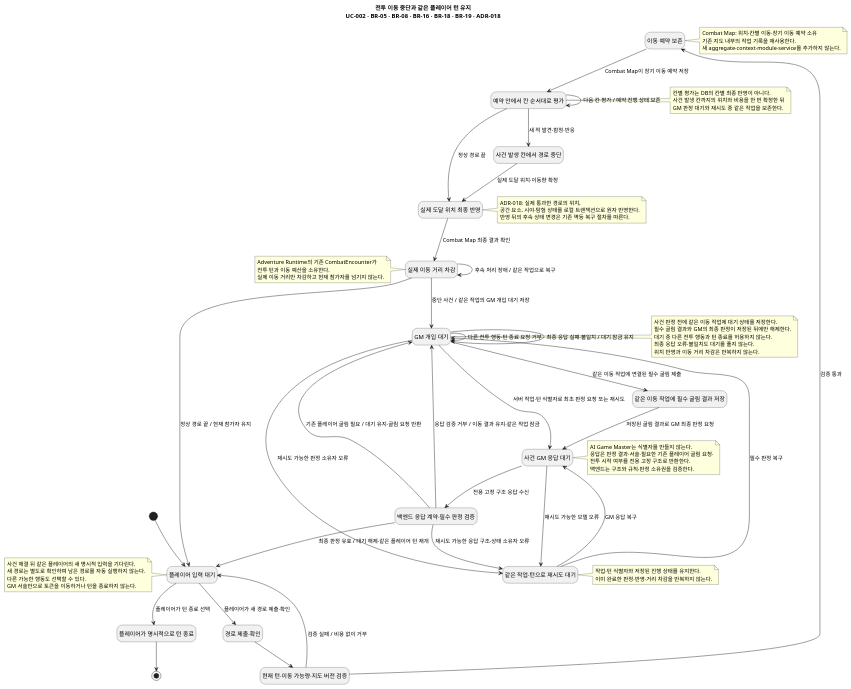
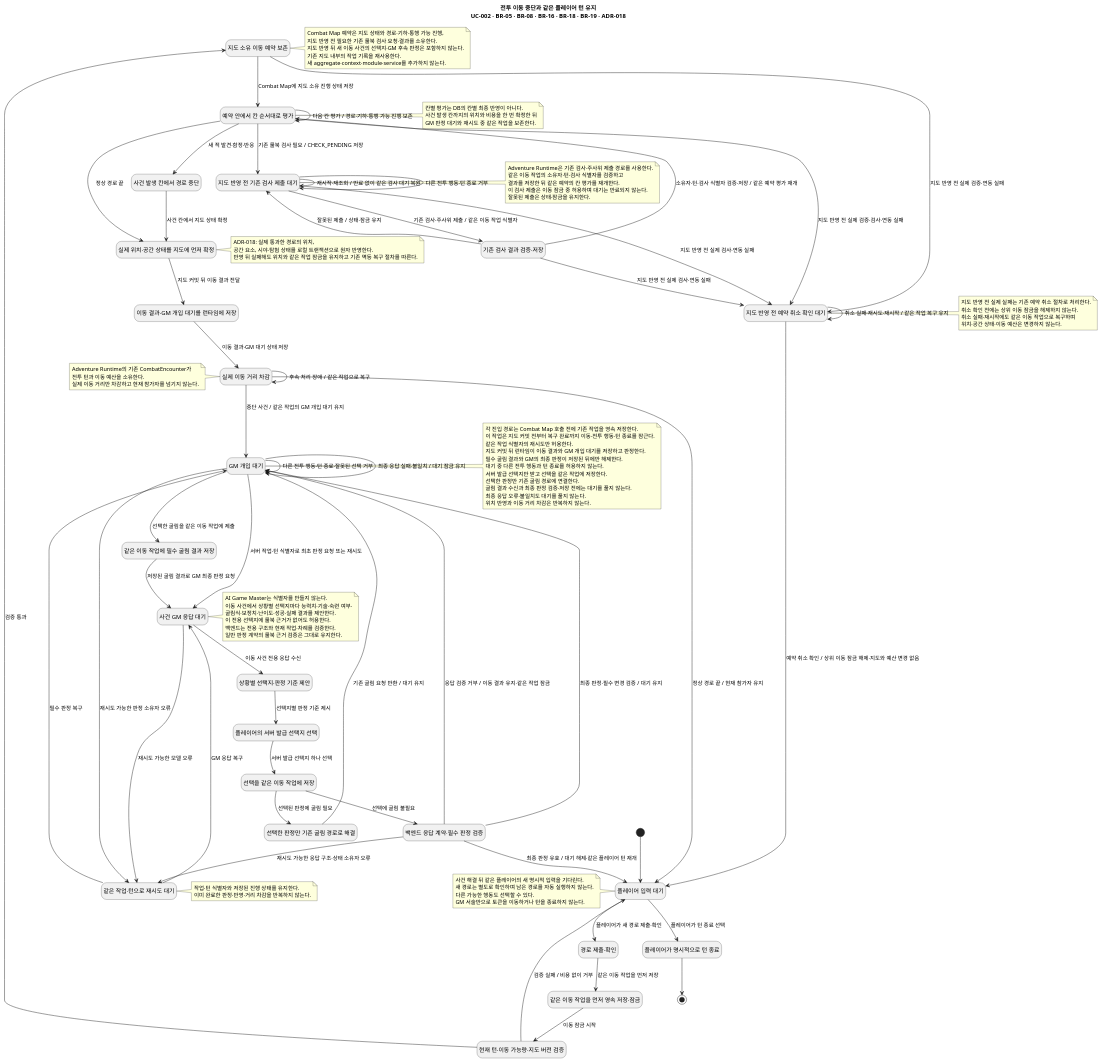
One commit to omegafrog/dnd-master changed the diagram in docs/specs/combat-movement-spell-range/diagrams/architecture/combat-movement-interruption.state.puml. Above: the diagram before and after it, drawn with PlantUML. The commit also changed 70 other files, not shown here.

```diff
--- a/docs/specs/combat-movement-spell-range/diagrams/architecture/combat-movement-interruption.state.puml
+++ b/docs/specs/combat-movement-spell-range/diagrams/architecture/combat-movement-interruption.state.puml
@@ -1,94 +1,145 @@
 @startuml
  title 전투 이동 중단과 같은 플레이어 턴 유지\nUC-002 · BR-05 · BR-08 · BR-16 · BR-18 · BR-19 · ADR-018
  hide empty description
  skinparam defaultFontName SansSerif
  state "플레이어 입력 대기" as Input
  state "경로 제출·확인" as Confirm
  state "현재 턴·이동 가능량·지도 버전 검증" as Validate
- state "이동 예약 보존" as Reserve
+ state "같은 이동 작업을 먼저 영속 저장·잠금" as Operation
+ state "지도 소유 이동 예약 보존" as Reserve
  state "예약 안에서 칸 순서대로 평가" as Cell
+ state "지도 반영 전 기존 검사 제출 대기" as PrecommitPending
+ state "기존 검사 결과 검증·저장" as PrecommitSubmitted
+ state "지도 반영 전 예약 취소 확인 대기" as CancelPending
  state "사건 발생 칸에서 경로 중단" as Interrupt
+ state "실제 위치·공간 상태를 지도에 먼저 확정" as Commit
+ state "이동 결과·GM 개입 대기를 런타임에 저장" as RuntimeResult
  state "사건 GM 응답 대기" as Gm
+ state "상황별 선택지·판정 기준 제안" as Choices
+ state "플레이어의 서버 발급 선택지 선택" as SelectChoice
+ state "선택을 같은 이동 작업에 저장" as SaveChoice
  state "백엔드 응답 계약·필수 판정 검증" as Contract
  state "GM 개입 대기" as Pending
+ state "선택한 판정만 기존 굴림 경로로 해결" as ResolveSelected
  state "같은 이동 작업에 필수 굴림 결과 저장" as Submitted
  state "같은 작업·턴으로 재시도 대기" as Retry
- state "실제 도달 위치 최종 반영" as Commit
  state "실제 이동 거리 차감" as Charge
  state "플레이어가 명시적으로 턴 종료" as EndTurn
 
  [*] --> Input
  Input --> Confirm : 플레이어가 새 경로 제출·확인
- Confirm --> Validate
+ Confirm --> Operation : 같은 이동 작업을 먼저 저장
+ Operation --> Validate : 이동 잠금 시작
  Validate --> Reserve : 검증 통과
  Validate --> Input : 검증 실패 / 비용 없이 거부
- Reserve --> Cell : Combat Map이 장기 이동 예약 저장
- Cell --> Cell : 다음 칸 평가 / 예약 진행 상태 보존
+ Reserve --> Cell : Combat Map에 지도 소유 진행 상태 저장
+ Cell --> Cell : 다음 칸 평가 / 경로·기하·통행 가능 진행 보존
+ Cell --> PrecommitPending : 기존 룰북 검사 필요 / CHECK_PENDING 저장
+ PrecommitPending --> PrecommitSubmitted : 기존 검사·주사위 제출 / 같은 이동 작업 식별자
+ PrecommitSubmitted --> Cell : 소유자·턴·검사 식별자 검증·저장 / 같은 예약 평가 재개
+ PrecommitSubmitted --> PrecommitPending : 잘못된 제출 / 상태·잠금 유지
+ PrecommitPending --> PrecommitPending : 재시작·재조회 / 만료 없이 같은 검사 대기 복원
+ PrecommitPending --> PrecommitPending : 다른 전투 행동·턴 종료 거부
+ Reserve --> CancelPending : 지도 반영 전 실제 검증·연동 실패
+ Cell --> CancelPending : 지도 반영 전 실제 검증·검사·연동 실패
+ PrecommitPending --> CancelPending : 지도 반영 전 실제 검사·연동 실패
+ PrecommitSubmitted --> CancelPending : 지도 반영 전 실제 검사·연동 실패
+ CancelPending --> CancelPending : 취소 실패·재시도·재시작 / 같은 작업 복구 유지
+ CancelPending --> Input : 예약 취소 확인 / 상위 이동 잠금 해제·지도와 예산 변경 없음
  Cell --> Commit : 정상 경로 끝
  Cell --> Interrupt : 새 적 발견·함정·반응
- Interrupt --> Commit : 실제 도달 위치·이동량 확정
- Gm --> Contract : 전용 고정 구조 응답 수신
- Contract --> Pending : 기존 플레이어 굴림 필요 / 대기 유지·굴림 요청 반환
- Pending --> Pending : 다른 전투 행동·턴 종료 요청 거부
- Pending --> Submitted : 같은 이동 작업에 연결된 필수 굴림 제출
+ Interrupt --> Commit : 사건 칸에서 지도 상태 확정
+ Commit --> RuntimeResult : 지도 커밋 뒤 이동 결과 전달
+ RuntimeResult --> Charge : 이동 결과·GM 대기 상태 저장
+ Gm --> Choices : 이동 사건 전용 응답 수신
+ Choices --> SelectChoice : 선택지별 판정 기준 제시
+ SelectChoice --> SaveChoice : 서버 발급 선택지 하나 선택
+ SaveChoice --> ResolveSelected : 선택된 판정에 굴림 필요
+ ResolveSelected --> Pending : 기존 굴림 요청 반환 / 대기 유지
+ SaveChoice --> Contract : 선택에 굴림 불필요
+ Contract --> Pending : 최종 판정·필수 변경 검증 / 대기 유지
+ Pending --> Pending : 다른 전투 행동·턴 종료·잘못된 선택 거부
+ Pending --> Submitted : 선택한 굴림을 같은 이동 작업에 제출
  Submitted --> Gm : 저장된 굴림 결과로 GM 최종 판정 요청
  Contract --> Input : 최종 판정 유효 / 대기 해제·같은 플레이어 턴 재개
  Gm --> Retry : 재시도 가능한 모델 오류
  Contract --> Retry : 재시도 가능한 응답 구조·상태 소유자 오류
  Pending --> Retry : 재시도 가능한 판정 소유자 오류
  Contract --> Pending : 응답 검증 거부 / 이동 결과 유지·같은 작업 잠금
  Pending --> Pending : 최종 응답 실패·불일치 / 대기 잠금 유지
  Retry --> Gm : GM 응답 복구
  Retry --> Pending : 필수 판정 복구
- Commit --> Charge : Combat Map 최종 결과 확인
  Charge --> Charge : 후속 처리 장애 / 같은 작업으로 복구
- Charge --> Pending : 중단 사건 / 같은 작업의 GM 개입 대기 저장
+ Charge --> Pending : 중단 사건 / 같은 작업의 GM 개입 대기 유지
  Pending --> Gm : 서버 작업·턴 식별자로 최초 판정 요청 또는 재시도
  Charge --> Input : 정상 경로 끝 / 현재 참가자 유지
  Input --> EndTurn : 플레이어가 턴 종료 선택
  EndTurn --> [*]
 
  note right of Reserve
- Combat Map: 위치·칸별 이동·장기 이동 예약 소유
+ Combat Map 예약은 지도 상태와 경로·기하·통행 가능 진행,
+ 지도 반영 전 필요한 기존 룰북 검사 요청·결과를 소유한다.
+ 지도 반영 뒤 새 이동 사건의 선택지·GM 후속 판정은 포함하지 않는다.
  기존 지도 내부의 작업 기록을 재사용한다.
  새 aggregate·context·module·service를 추가하지 않는다.
+ end note
+ note right of PrecommitPending
+ Adventure Runtime은 기존 검사·주사위 제출 경로를 사용한다.
+ 같은 이동 작업의 소유자·턴·검사 식별자를 검증하고
+ 결과를 저장한 뒤 같은 예약의 칸 평가를 재개한다.
+ 이 검사 제출은 이동 잠금 중 허용하며 대기는 만료되지 않는다.
+ 잘못된 제출은 상태·잠금을 유지한다.
+ end note
+ note right of CancelPending
+ 지도 반영 전 실제 실패는 기존 예약 취소 절차로 처리한다.
+ 취소 확인 전에는 상위 이동 잠금을 해제하지 않는다.
+ 취소 실패·재시작에도 같은 이동 작업으로 복구하며
+ 위치·공간 상태·이동 예산은 변경하지 않는다.
  end note
  note right of Cell
  칸별 평가는 DB의 칸별 최종 반영이 아니다.
  사건 발생 칸까지의 위치와 비용을 한 번 확정한 뒤
  GM 판정 대기와 재시도 중 같은 작업을 보존한다.
  end note
  note right of Gm
  AI Game Master는 식별자를 만들지 않는다.
- 응답은 판정 결과·서술·필요한 기존 플레이어 굴림 요청·
- 전투 시작 여부를 전용 고정 구조로 반환한다.
- 백엔드는 구조와 규칙·판정 소유권을 검증한다.
+ 이동 사건에서 상황별 선택지마다 능력치·기술·숙련 여부·
+ 굴림식·보정치·난이도·성공·실패 결과를 제안한다.
+ 이 전용 선택지에 룰북 근거가 없어도 허용한다.
+ 백엔드는 전용 구조와 현재 작업·차례를 검증한다.
+ 일반 판정 계약의 룰북 근거 검증은 그대로 유지한다.
  end note
  note right of Pending
- 사건 판정 전에 같은 이동 작업에 대기 상태를 저장한다.
+ 각 진입 경로는 Combat Map 호출 전에 기존 작업을 영속 저장한다.
+ 이 작업은 지도 커밋 전부터 복구 완료까지 이동·전투 행동·턴 종료를 잠근다.
+ 같은 작업 식별자의 재시도만 허용한다.
+ 지도 커밋 뒤 런타임이 이동 결과와 GM 개입 대기를 저장하고 판정한다.
  필수 굴림 결과와 GM의 최종 판정이 저장된 뒤에만 해제한다.
  대기 중 다른 전투 행동과 턴 종료를 허용하지 않는다.
+ 서버 발급 선택지만 받고 선택을 같은 작업에 저장한다.
+ 선택한 판정만 기존 굴림 경로에 연결한다.
+ 굴림 결과 수신과 최종 판정 검증·저장 전에는 대기를 풀지 않는다.
  최종 응답 오류·불일치도 대기를 풀지 않는다.
  위치 반영과 이동 거리 차감은 반복하지 않는다.
  end note
  note right of Retry
  작업·턴 식별자와 저장된 진행 상태를 유지한다.
  이미 완료한 판정·반영·거리 차감을 반복하지 않는다.
  end note
  note right of Commit
  ADR-018: 실제 통과한 경로의 위치,
  공간 요소, 시야·탐험 상태를 로컬 트랜잭션으로 원자 반영한다.
- 반영 뒤의 후속 상태 변경은 기존 멱등 복구 절차를 따른다.
+ 반영 뒤 실패해도 위치와 같은 작업 잠금을 유지하고 기존 멱등 복구 절차를 따른다.
  end note
  note left of Charge
  Adventure Runtime의 기존 CombatEncounter가
  전투 턴과 이동 예산을 소유한다.
  실제 이동 거리만 차감하고 현재 참가자를 넘기지 않는다.
  end note
  note left of Input
  사건 해결 뒤 같은 플레이어의 새 명시적 입력을 기다린다.
  새 경로는 별도로 확인하며 남은 경로를 자동 실행하지 않는다.
  다른 가능한 행동도 선택할 수 있다.
  GM 서술만으로 토큰을 이동하거나 턴을 종료하지 않는다.
  end note
 @enduml
```
